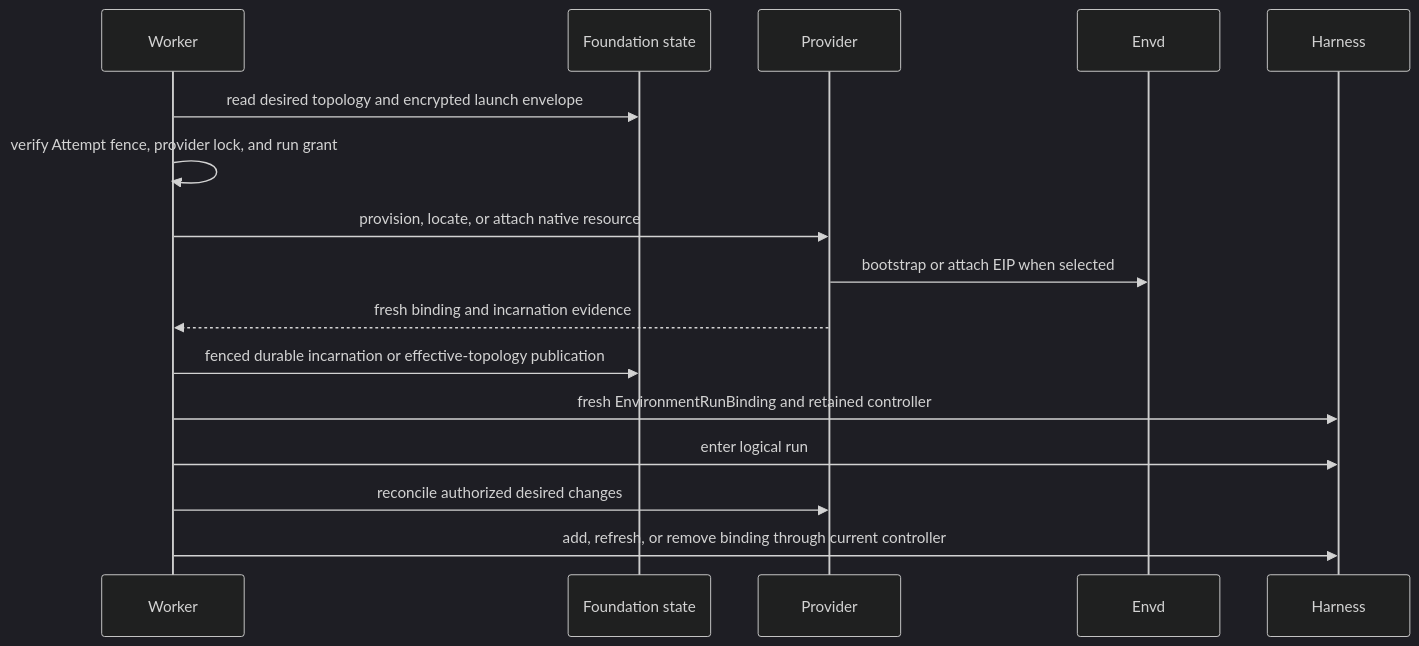
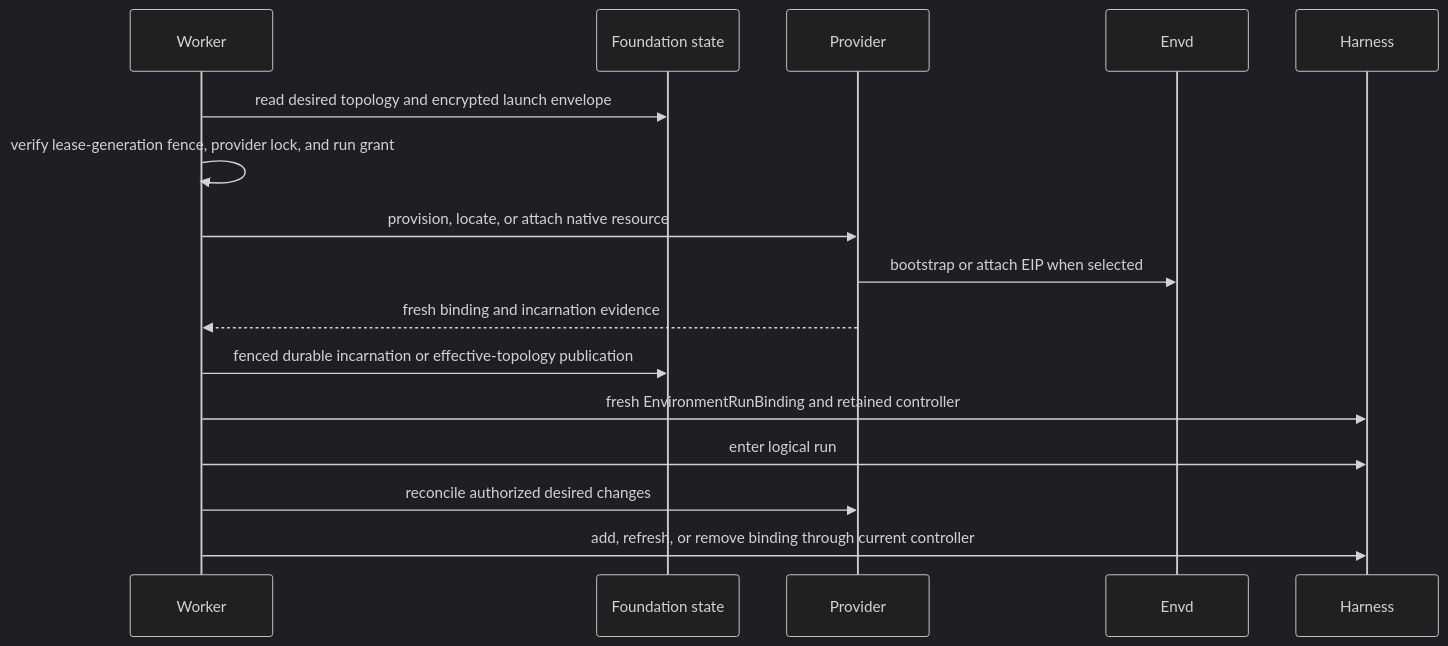
The diagram in spec/foundation-service/06-environment-provider-lifecycle.md (converge-ai-labs/agent-foundation), drawn with Mermaid (dark theme) before and after one commit. The commit also changed other lines of this file and 29 other files, not shown here.

````diff
--- a/spec/foundation-service/06-environment-provider-lifecycle.md
+++ b/spec/foundation-service/06-environment-provider-lifecycle.md
@@ -37,19 +37,19 @@
 ```mermaid
 sequenceDiagram
     participant Worker
     participant DB as Foundation state
     participant Provider
     participant Envd
     participant Harness
 
     Worker->>DB: read desired topology and encrypted launch envelope
-    Worker->>Worker: verify Attempt fence, provider lock, and run grant
+    Worker->>Worker: verify lease-generation fence, provider lock, and run grant
     Worker->>Provider: provision, locate, or attach native resource
     Provider->>Envd: bootstrap or attach EIP when selected
     Provider-->>Worker: fresh binding and incarnation evidence
     Worker->>DB: fenced durable incarnation or effective-topology publication
     Worker->>Harness: fresh EnvironmentRunBinding and retained controller
     Worker->>Harness: enter logical run
     Worker->>Provider: reconcile authorized desired changes
     Worker->>Harness: add, refresh, or remove binding through current controller
 ```
````
